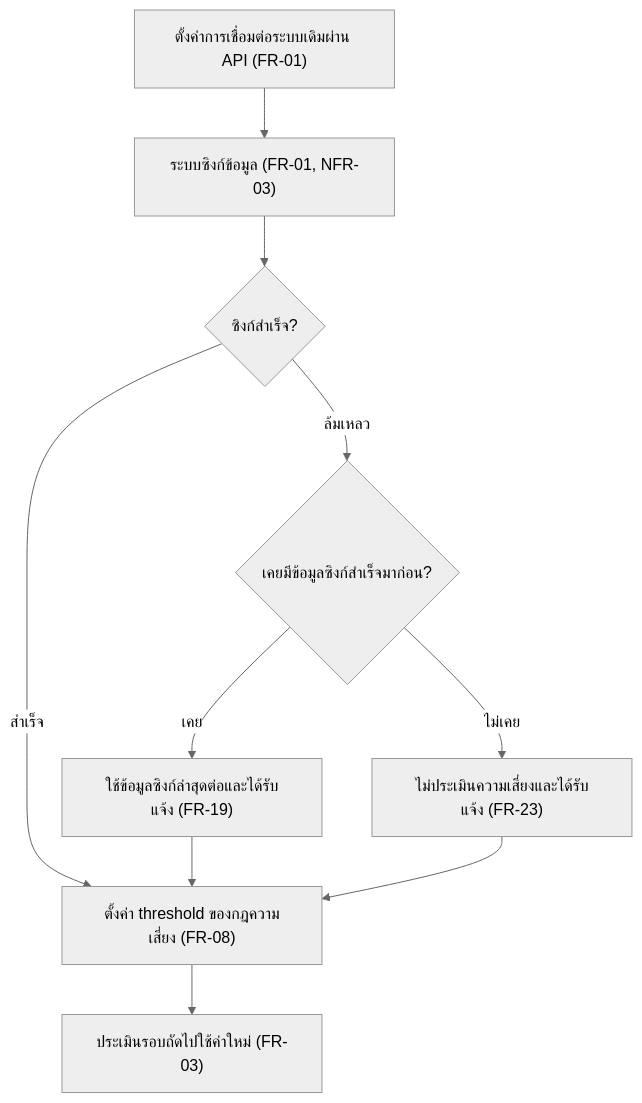
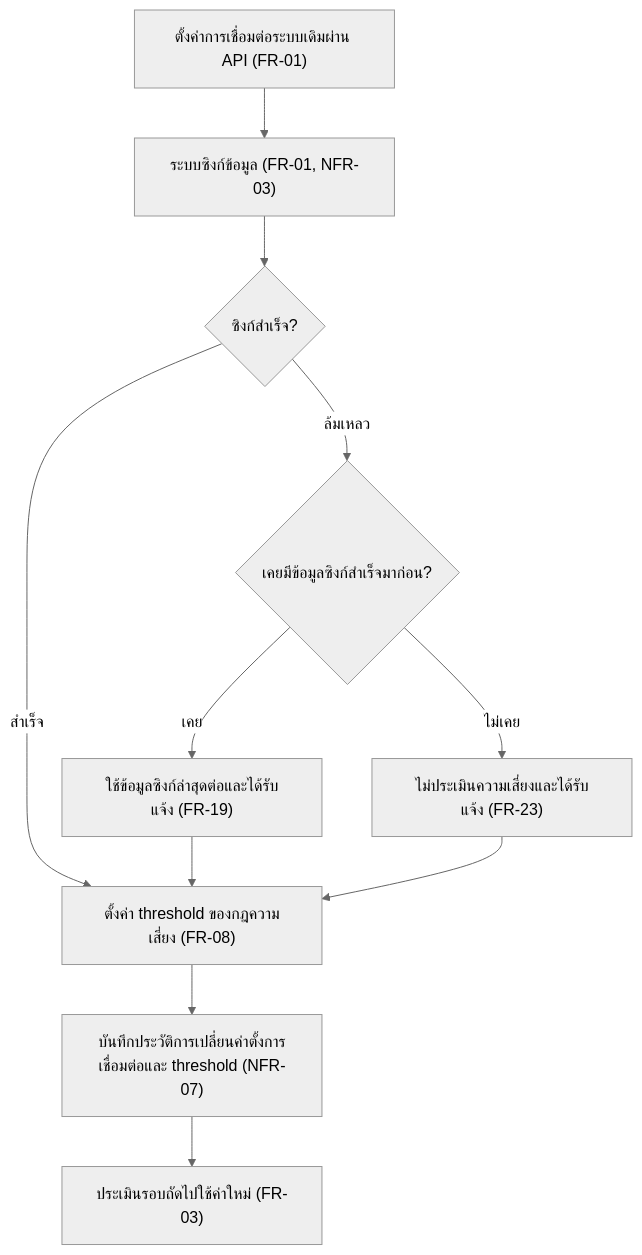
The first of 8 diagrams in docs/02-design/user-journey.md (PAKOSORUS/Grade-Runway-PROJECT3), drawn with Mermaid (neutral theme) before and after one commit. The commit also changed other lines of this file and 35 other files, not shown here.

````diff
--- a/docs/02-design/user-journey.md
+++ b/docs/02-design/user-journey.md
@@ -8,12 +8,13 @@
 ```mermaid
 flowchart TD
     A["ตั้งค่าการเชื่อมต่อระบบเดิมผ่าน API (FR-01)"] --> B["ระบบซิงก์ข้อมูล (FR-01, NFR-03)"]
     B --> S{"ซิงก์สำเร็จ?"}
     S -->|สำเร็จ| C["ตั้งค่า threshold ของกฎความเสี่ยง (FR-08)"]
+    C --> AU["บันทึกประวัติการเปลี่ยนค่าตั้งการเชื่อมต่อและ threshold (NFR-07)"]
     S -->|ล้มเหลว| P{"เคยมีข้อมูลซิงก์สำเร็จมาก่อน?"}
     P -->|เคย| F["ใช้ข้อมูลซิงก์ล่าสุดต่อและได้รับแจ้ง (FR-19)"]
     P -->|ไม่เคย| G["ไม่ประเมินความเสี่ยงและได้รับแจ้ง (FR-23)"]
     F --> C
     G --> C
-    C --> D["ประเมินรอบถัดไปใช้ค่าใหม่ (FR-03)"]
+    AU --> D["ประเมินรอบถัดไปใช้ค่าใหม่ (FR-03)"]
 ```
````
